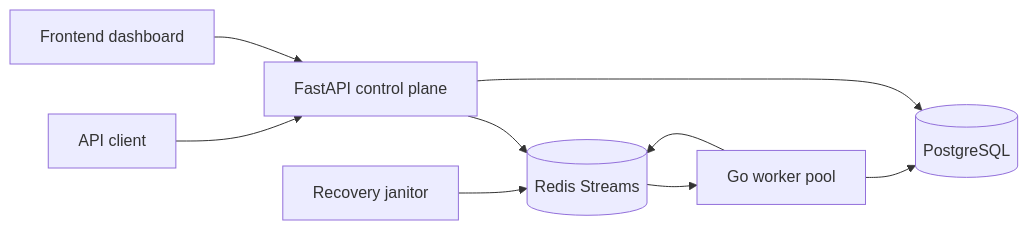
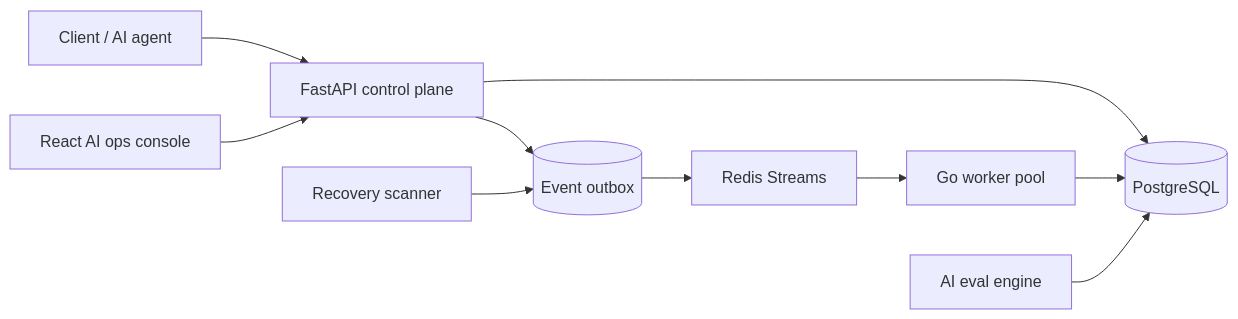
Before and after one commit to sushildalavi/converge: the diagram in README.md, drawn with Mermaid. The commit also changed other lines of this file, not shown here.

Commit message:
docs: rewrite the project README around AI workflow recovery

````diff
--- a/README.md
+++ b/README.md
@@ -20,11 +20,12 @@
 ```mermaid
 flowchart LR
-    A[API client] --> B[FastAPI control plane]
-    B --> C[(Redis Streams)]
-    C --> D[Go worker pool]
-    D --> E[(PostgreSQL)]
-    D --> C
-    F[Recovery janitor] --> C
-    G[Frontend dashboard] --> B
-    B --> E
+  A[Client / AI agent] --> B[FastAPI control plane]
+  B --> C[(PostgreSQL)]
+  B --> D[(Event outbox)]
+  D --> E[Redis Streams]
+  E --> F[Go worker pool]
+  F --> C
+  G[Recovery scanner] --> D
+  H[AI eval engine] --> C
+  I[React AI ops console] --> B
 ```
````
